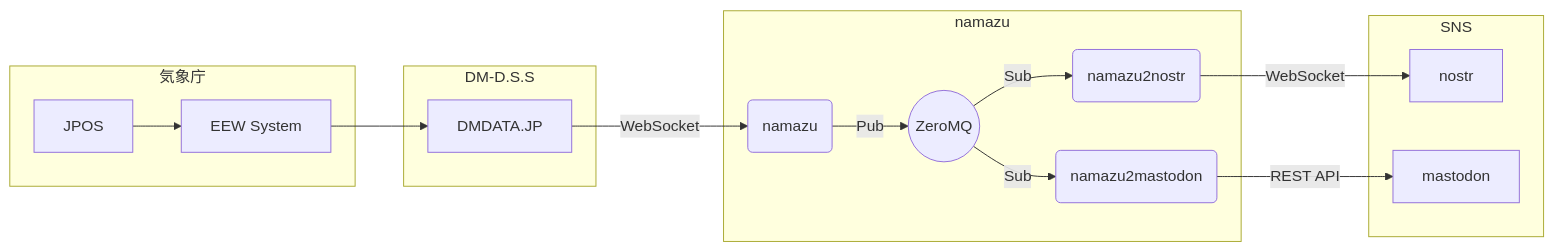
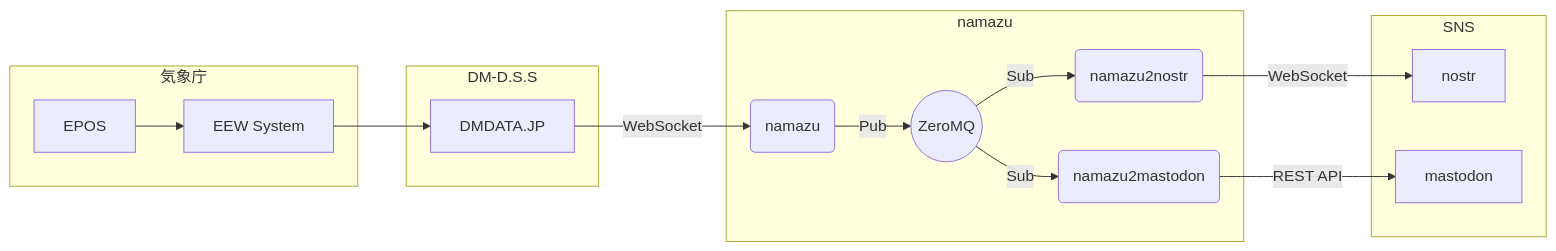
One commit to matsuu/namazu changed the diagram in README.md. Above: the diagram before and after it, drawn with Mermaid.

Commit message:
cosmetic

````diff
--- a/README.md
+++ b/README.md
@@ -7,21 +7,21 @@
 ```mermaid
 flowchart LR
   subgraph 気象庁
-    J[JPOS]-->E[EEW System]
+    J[EPOS]-->E[EEW System]
   end
     E-->D[DMDATA.JP]
   subgraph DM-D.S.S
     D
   end
   D--WebSocket-->N(namazu)
   subgraph namazu
     N--Pub-->Z((ZeroMQ))
     Z--Sub--> NN(namazu2nostr) & NM(namazu2mastodon)
   end
   NN--WebSocket-->SN[nostr]
   NM--REST API-->SM[mastodon]
   subgraph SNS
     SN
     SM
   end
 ```
````
